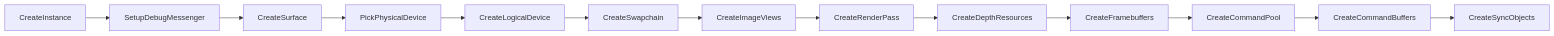
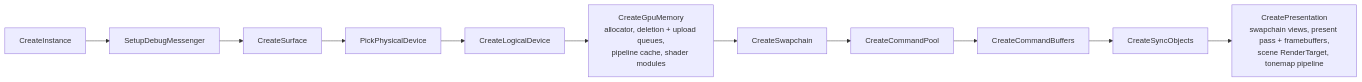
One commit to Mainframe-Games/mainframe-engine changed the diagram in docs/design/vulkan-renderer.md. Above: the diagram before and after it, drawn with Mermaid. The commit also changed other lines of this file and 32 other files, not shown here.

First line of the commit message:
M3: Docs, ADRs and benchmark baseline for GPU resources, colour, shaders

````diff
--- a/docs/design/vulkan-renderer.md
+++ b/docs/design/vulkan-renderer.md
@@ -41,7 +49,9 @@
 ```mermaid
 flowchart LR
     A[CreateInstance] --> B[SetupDebugMessenger] --> C[CreateSurface] --> D[PickPhysicalDevice]
-    D --> E[CreateLogicalDevice] --> F[CreateSwapchain] --> G[CreateImageViews]
-    G --> H[CreateRenderPass] --> I[CreateDepthResources] --> J[CreateFramebuffers]
-    J --> K[CreateCommandPool] --> L[CreateCommandBuffers] --> M[CreateSyncObjects]
+    D --> E[CreateLogicalDevice]
+    E --> E2["CreateGpuMemory<br/>allocator, deletion + upload queues,<br/>pipeline cache, shader modules"]
+    E2 --> F2[CreateSwapchain]
+    F2 --> K[CreateCommandPool] --> L[CreateCommandBuffers] --> M[CreateSyncObjects]
+    M --> N["CreatePresentation<br/>swapchain views, present pass + framebuffers,<br/>scene RenderTarget, tonemap pipeline"]
 ```
````
